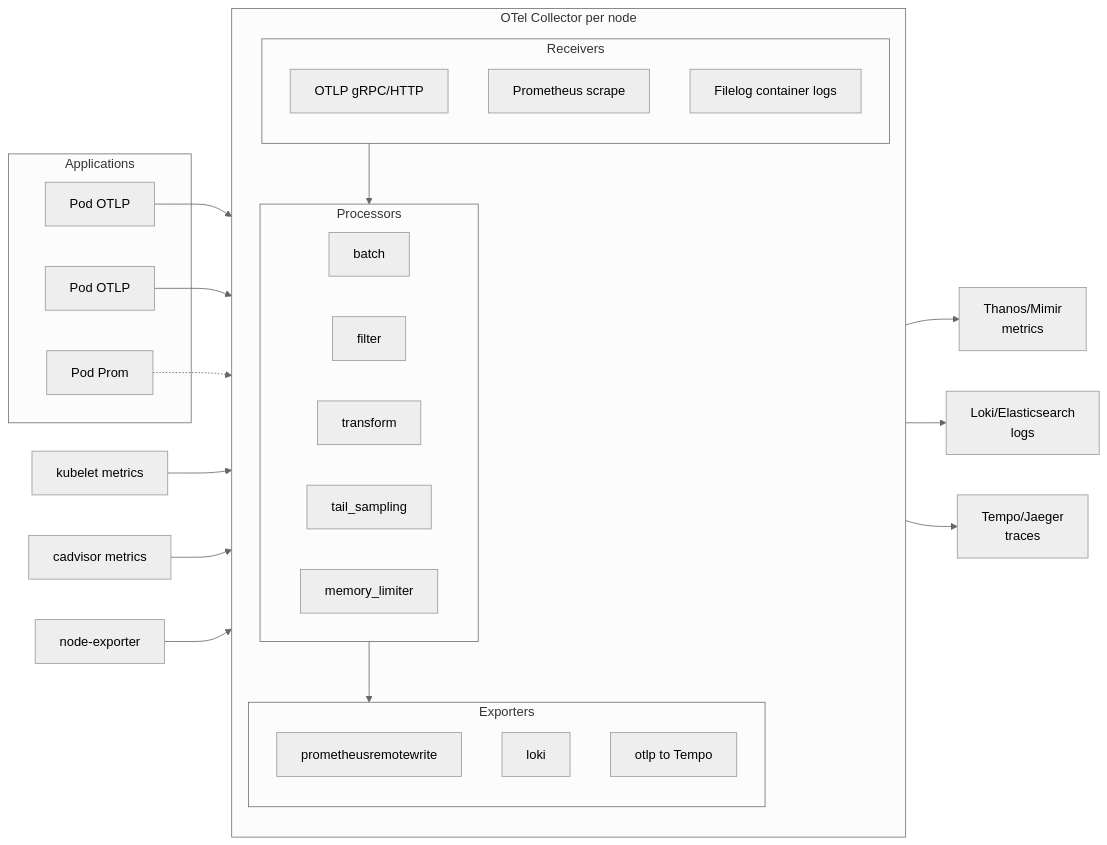
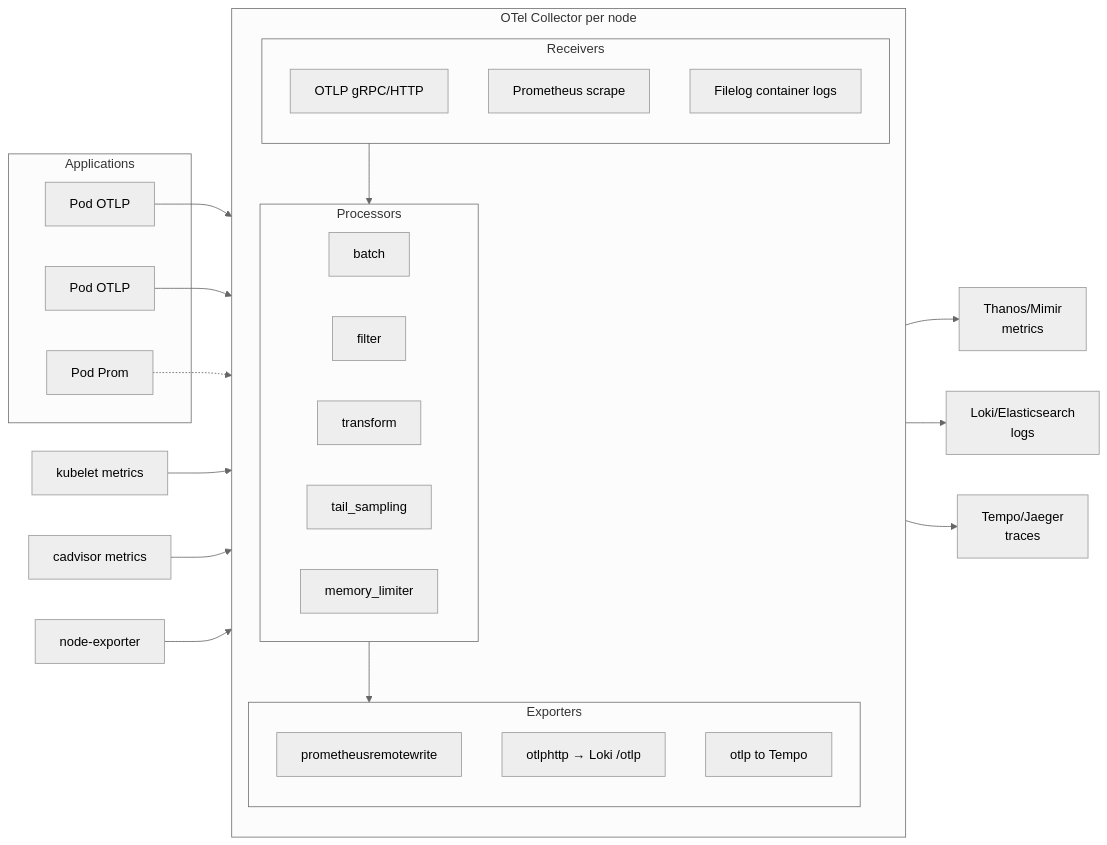
One commit to kube-dojo/kube-dojo changed the third of 7 diagrams in src/content/docs/cloud/advanced-operations/module-8.9-observability-scale.md. Above: the diagram before and after it, drawn with Mermaid (neutral theme). The commit also changed other lines of this file, not shown here.

````diff
--- a/src/content/docs/cloud/advanced-operations/module-8.9-observability-scale.md
+++ b/src/content/docs/cloud/advanced-operations/module-8.9-observability-scale.md
@@ -259,46 +357,46 @@
 ```mermaid
 flowchart LR
     subgraph Applications
         Pod1[Pod OTLP]
         Pod2[Pod OTLP]
         Pod3[Pod Prom]
     end
     
     Kubelet[kubelet metrics]
     cAdvisor[cadvisor metrics]
     NodeExp[node-exporter]
     
     subgraph OTel Collector per node
         direction TB
         subgraph Receivers
             R_OTLP[OTLP gRPC/HTTP]
             R_Prom[Prometheus scrape]
             R_Filelog[Filelog container logs]
         end
         subgraph Processors
             P_Batch[batch]
             P_Filter[filter]
             P_Trans[transform]
             P_Samp[tail_sampling]
             P_Mem[memory_limiter]
         end
         subgraph Exporters
             E_Prom[prometheusremotewrite]
-            E_Loki[loki]
+            E_OTLPHTTP[otlphttp → Loki /otlp]
             E_OTLP[otlp to Tempo]
         end
         Receivers --> Processors --> Exporters
     end
     
     Pod1 --> R_OTLP
     Pod2 --> R_OTLP
     Pod3 -.-> R_Prom
     
     Kubelet --> R_Prom
     cAdvisor --> R_Prom
     NodeExp --> R_Prom
     
     E_Prom --> Thanos[Thanos/Mimir\nmetrics]
-    E_Loki --> Loki[Loki/Elasticsearch\nlogs]
+    E_OTLPHTTP --> Loki[Loki/Elasticsearch\nlogs]
     E_OTLP --> Tempo[Tempo/Jaeger\ntraces]
 ```
````
